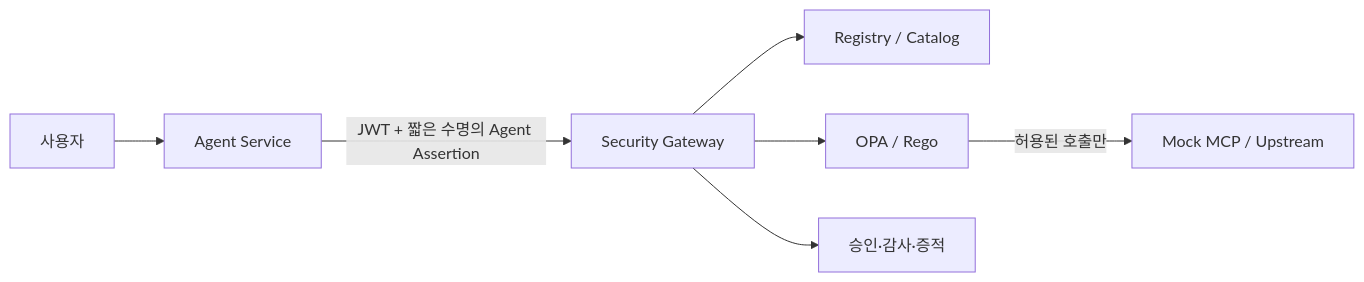
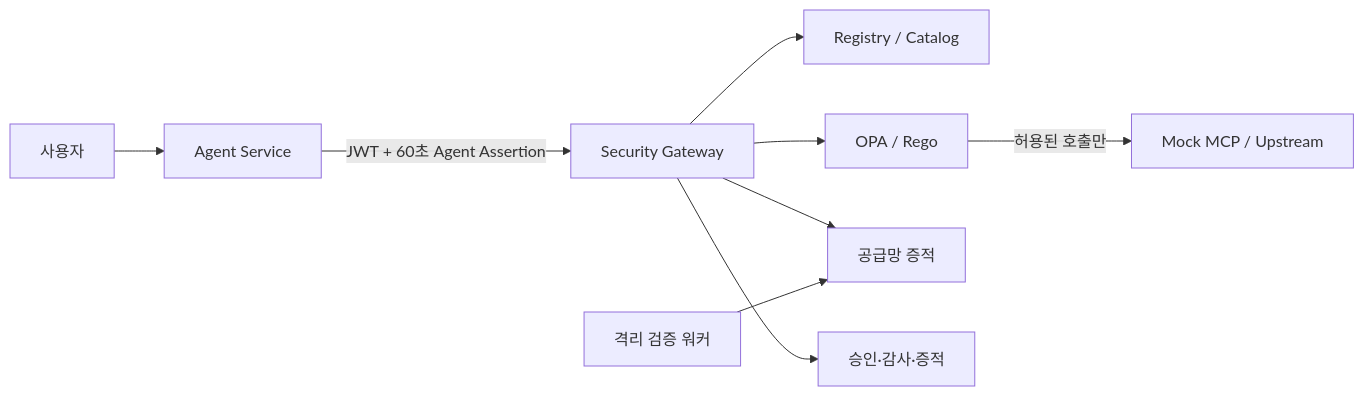
The diagram in README.md (MCP-governance/mcp-gateway), drawn with Mermaid before and after one commit. The commit also changed other lines of this file and 56 other files, not shown here.

```diff
--- a/README.md
+++ b/README.md
@@ -26,9 +26,11 @@
 ~~~mermaid
 flowchart LR
     U[사용자] --> A[Agent Service]
-    A -->|JWT + 짧은 수명의 Agent Assertion| G[Security Gateway]
+    A -->|JWT + 60초 Agent Assertion| G[Security Gateway]
     G --> R[Registry / Catalog]
     G --> P[OPA / Rego]
+    G --> S[공급망 증적]
     G --> M[승인·감사·증적]
     P -->|허용된 호출만| T[Mock MCP / Upstream]
+    W[격리 검증 워커] --> S
 ~~~
```
